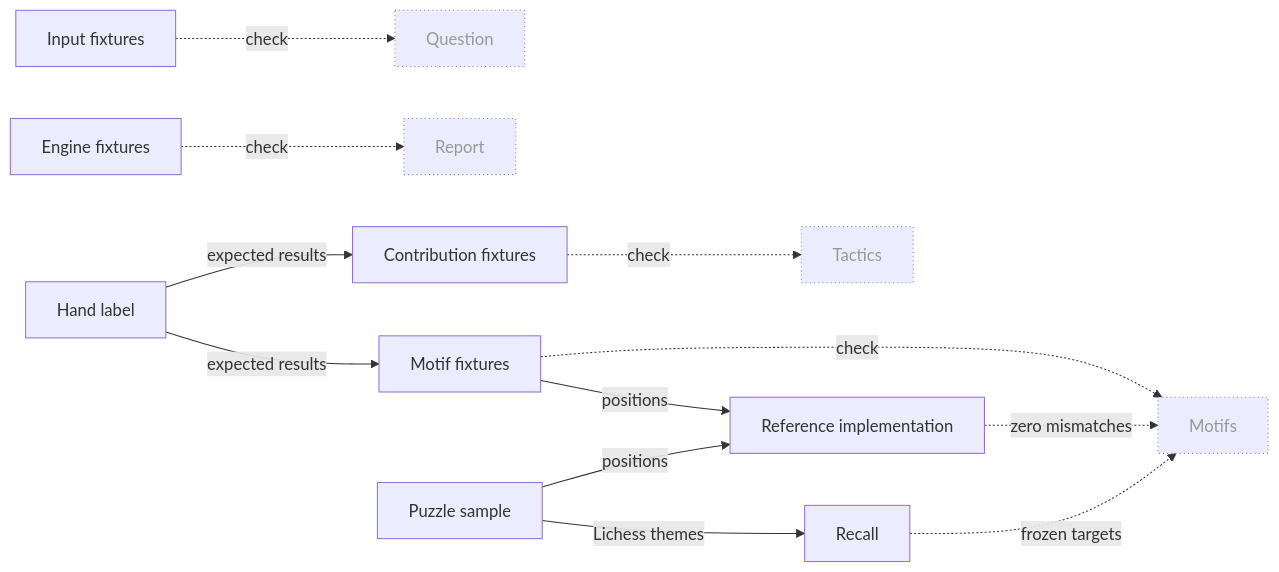
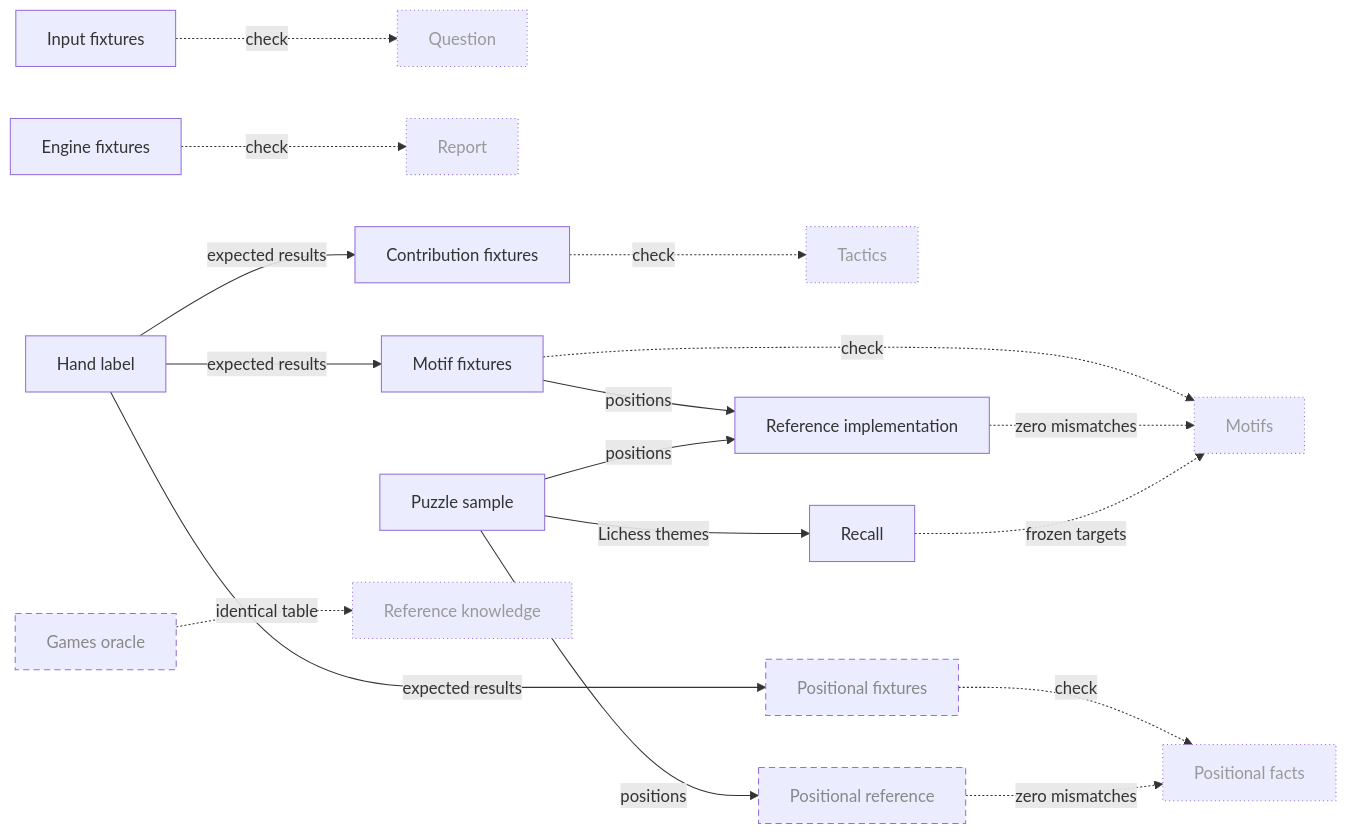
Diagram 12 of 21 in Planning/DBC/CONCEPTS.md (aurja/ChessWhy), drawn with Mermaid before and after one commit. The commit also changed other lines of this file and 7 other files, not shown here.

````diff
--- a/Planning/DBC/CONCEPTS.md
+++ b/Planning/DBC/CONCEPTS.md
@@ -497,28 +506,38 @@
 ```mermaid
 flowchart LR
     Question["Question"]
     Motifs["Motifs"]
     Tactics["Tactics"]
     Report["Report"]
     HandLabel["Hand label"]
     EngineFixtures["Engine fixtures"]
     InputFixtures["Input fixtures"]
     MotifFixtures["Motif fixtures"]
     ContributionFixtures["Contribution fixtures"]
     ReferenceImplementation["Reference implementation"]
     PuzzleSample["Puzzle sample"]
     Recall["Recall"]
-    HandLabel -->|expected results| MotifFixtures & ContributionFixtures
+    PositionalFixtures["Positional fixtures"]
+    PositionalReference["Positional reference"]
+    GamesOracle["Games oracle"]
+    Positional["Positional facts"]
+    Reference["Reference knowledge"]
+    HandLabel -->|expected results| MotifFixtures & ContributionFixtures & PositionalFixtures
+    PuzzleSample -->|positions| PositionalReference
+    PositionalFixtures -.->|check| Positional
+    PositionalReference -.->|zero mismatches| Positional
+    GamesOracle -.->|identical table| Reference
     MotifFixtures & PuzzleSample -->|positions| ReferenceImplementation
     PuzzleSample -->|Lichess themes| Recall
     EngineFixtures -.->|check| Report
     InputFixtures -.->|check| Question
     MotifFixtures -.->|check| Motifs
     ReferenceImplementation -.->|zero mismatches| Motifs
     Recall -.->|frozen targets| Motifs
     ContributionFixtures -.->|check| Tactics
     classDef planned stroke-dasharray:6 4,color:#888
     classDef partial stroke-dasharray:2 2
     classDef external stroke-dasharray:1 3,color:#999
-    class Question,Motifs,Tactics,Report external
+    class Question,Motifs,Tactics,Report,Positional,Reference external
+    class PositionalFixtures,PositionalReference,GamesOracle planned
 ```
````
